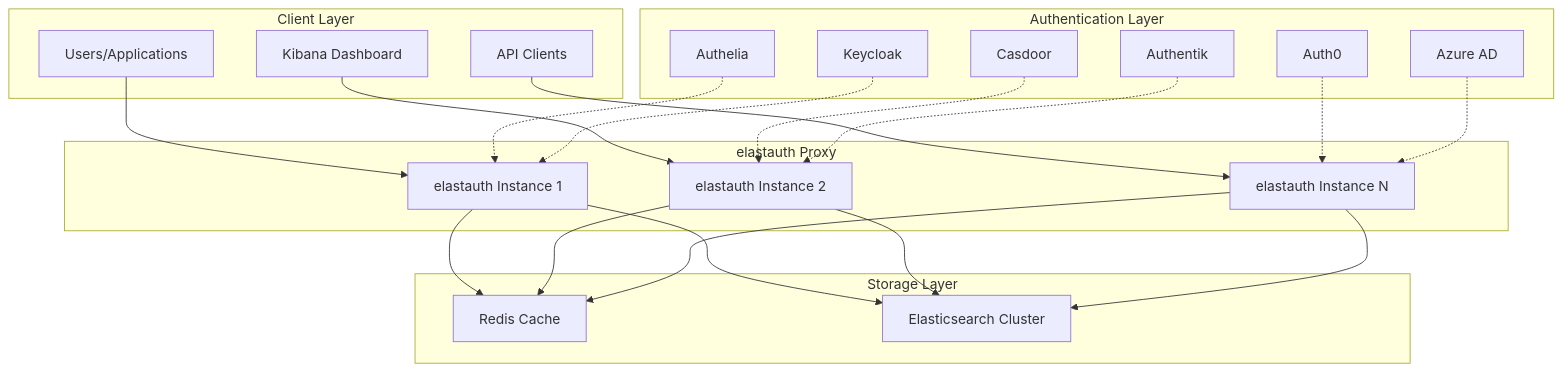
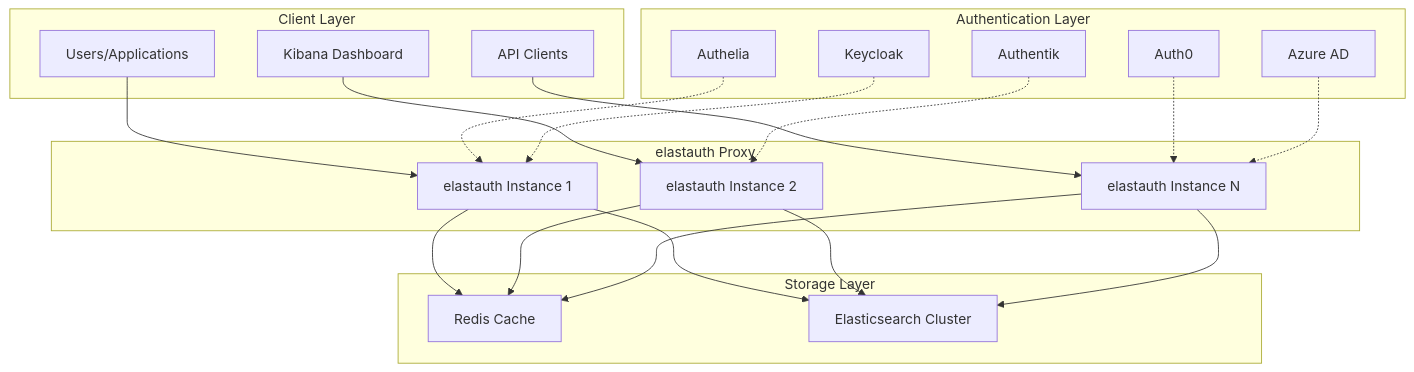
One commit to wasilak/elastauth changed the first of 5 diagrams in docs/src/content/docs/index.mdx. Above: the diagram before and after it, drawn with Mermaid. The commit also changed other lines of this file and 6 other files, not shown here.

````diff
--- a/docs/src/content/docs/index.mdx
+++ b/docs/src/content/docs/index.mdx
@@ -62,47 +62,45 @@
 ```mermaid
 graph TB
     subgraph "Client Layer"
         U[Users/Applications]
         K[Kibana Dashboard]
         API[API Clients]
     end
     
     subgraph "Authentication Layer"
         A[Authelia]
         KC[Keycloak]
-        CD[Casdoor]
         AT[Authentik]
         A0[Auth0]
         AZ[Azure AD]
     end
     
     subgraph "elastauth Proxy"
         EA[elastauth Instance 1]
         EB[elastauth Instance 2]
         EC[elastauth Instance N]
     end
     
     subgraph "Storage Layer"
         RC[Redis Cache]
         ES[Elasticsearch Cluster]
     end
     
     U --> EA
     K --> EB
     API --> EC
     
     A -.-> EA
     KC -.-> EA
-    CD -.-> EB
     AT -.-> EB
     A0 -.-> EC
     AZ -.-> EC
     
     EA --> RC
     EB --> RC
     EC --> RC
     
     EA --> ES
     EB --> ES
     EC --> ES
 ```
````
